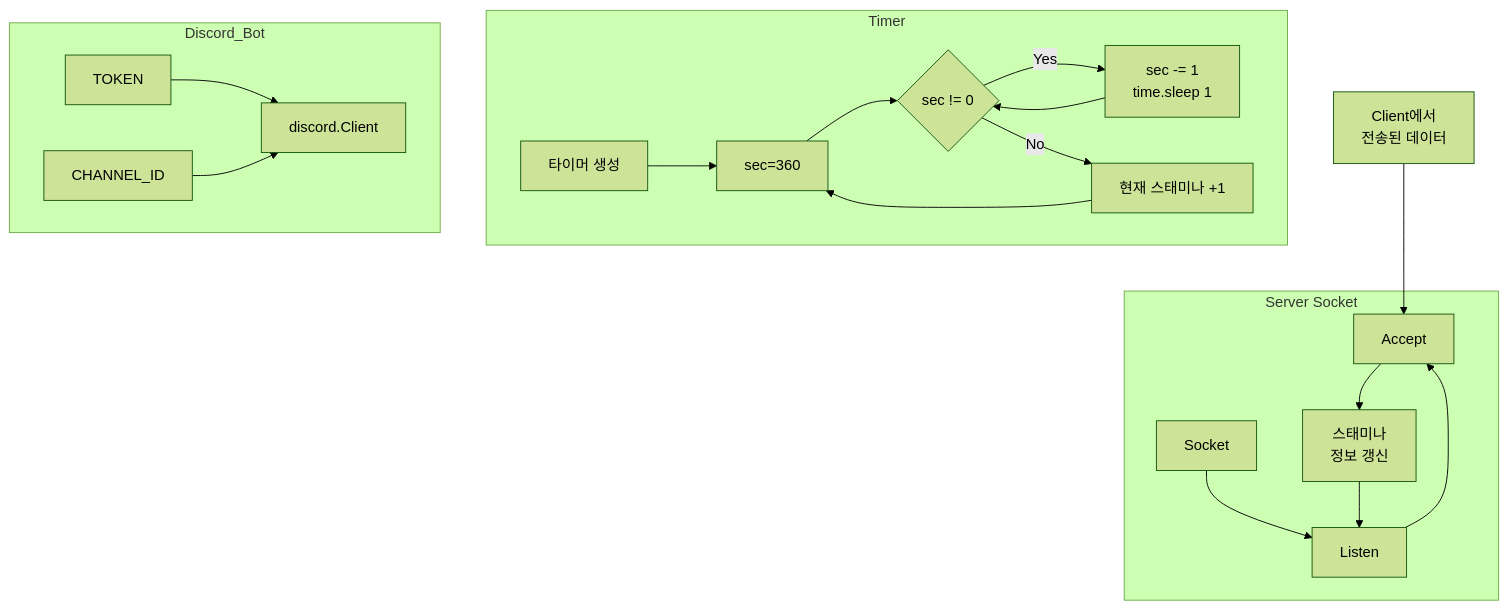
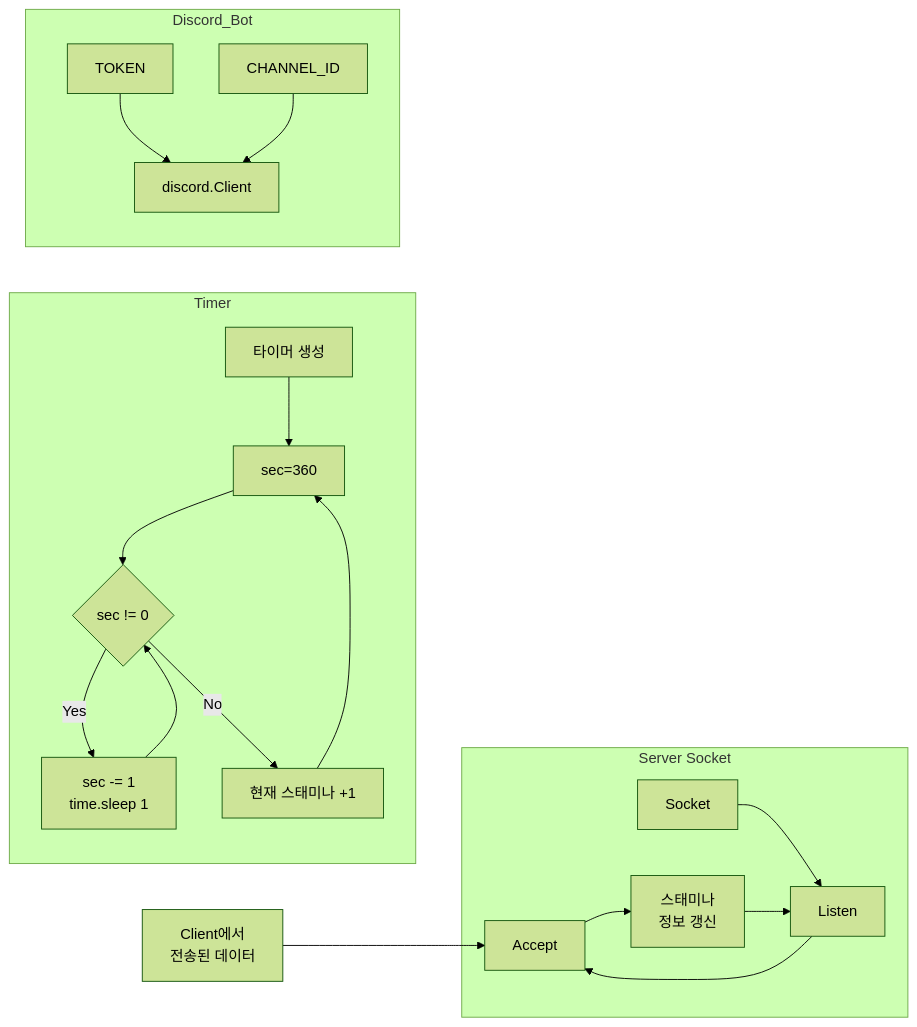
The third of 3 diagrams in README.md (201710808/Game-Stamina-Alarm), drawn with Mermaid (forest theme) before and after one commit.

````diff
--- a/README.md
+++ b/README.md
@@ -55,22 +55,22 @@
 ```mermaid
-graph TB;
+graph LR;
     data[Client에서\n전송된 데이터]-->Accept;
     subgraph Server Socket;
     Socket-->Listen;
     Listen-->Accept;
     Accept-->stamina_sync[스태미나\n정보 갱신];
     stamina_sync-->Listen;
     end;
     subgraph Timer;
     timer_start[타이머 생성]-->sec;
     sec[sec=360]-->condition{sec != 0};
     condition-->|"Yes"|process_time[sec -= 1\ntime.sleep 1];
     process_time-->condition;
     condition-->|"No"|sync_stamina[현재 스태미나 +1];
     sync_stamina-->sec;
     end;
     subgraph Discord_Bot;
     TOKEN-->Client[discord.Client];
     CHANNEL_ID-->Client;
     end;
 ```
````
